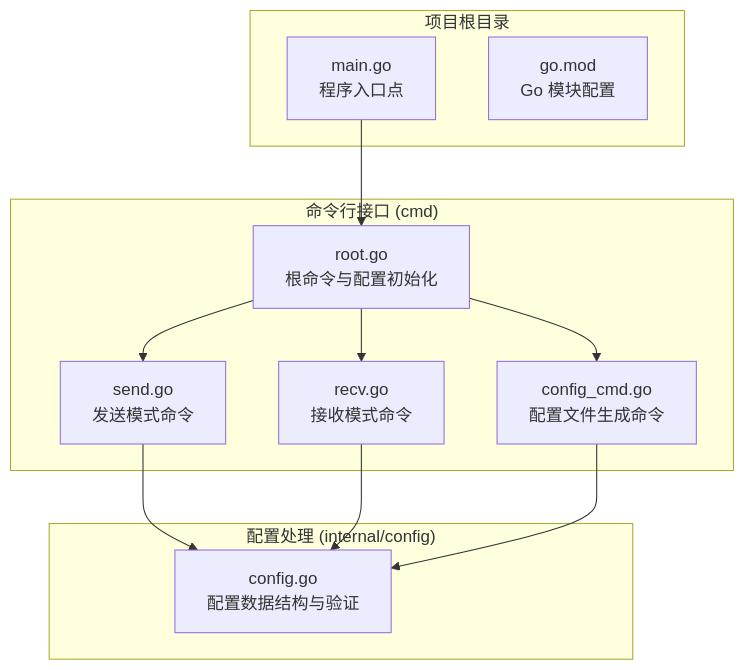
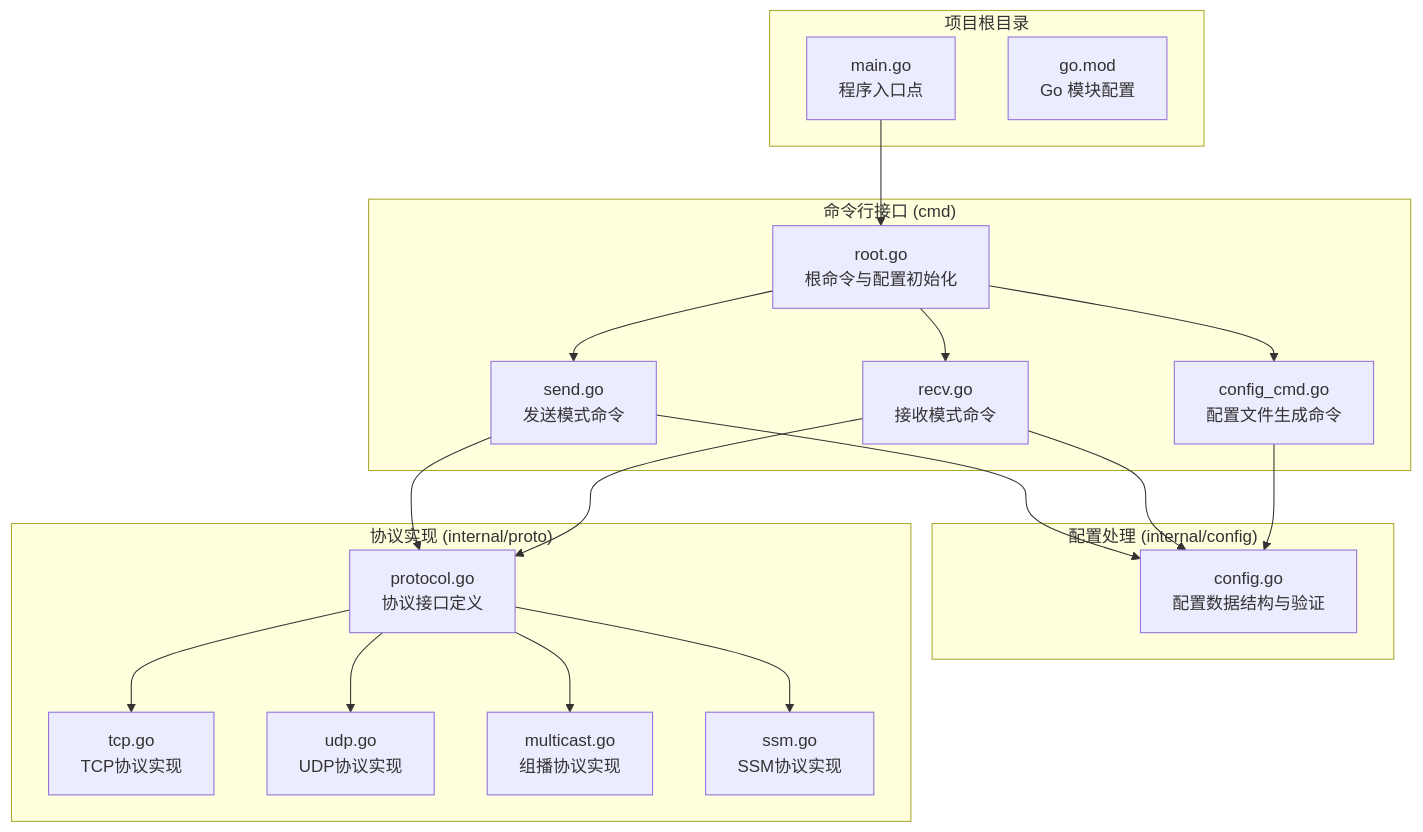
The first of 13 diagrams in .qoder/repowiki/zh/content/配置文件指南.md (yanzhen74/ping-x), drawn with Mermaid before and after one commit. The commit also changed other lines of this file and 16 other files, not shown here.

````diff
--- a/.qoder/repowiki/zh/content/配置文件指南.md
+++ b/.qoder/repowiki/zh/content/配置文件指南.md
@@ -39,23 +54,36 @@
 ```mermaid
 graph TB
 subgraph "项目根目录"
 M[main.go<br/>程序入口点]
 G[go.mod<br/>Go 模块配置]
 end
 subgraph "命令行接口 (cmd)"
 R[root.go<br/>根命令与配置初始化]
 S[send.go<br/>发送模式命令]
 V[recv.go<br/>接收模式命令]
 C[config_cmd.go<br/>配置文件生成命令]
 end
 subgraph "配置处理 (internal/config)"
 CFG[config.go<br/>配置数据结构与验证]
 end
+subgraph "协议实现 (internal/proto)"
+PROTO[protocol.go<br/>协议接口定义]
+TCP[tcp.go<br/>TCP协议实现]
+UDP[udp.go<br/>UDP协议实现]
+MC[multicast.go<br/>组播协议实现]
+SSM[ssm.go<br/>SSM协议实现]
+end
 M --> R
 R --> S
 R --> V
 R --> C
 S --> CFG
 V --> CFG
 C --> CFG
+S --> PROTO
+V --> PROTO
+PROTO --> TCP
+PROTO --> UDP
+PROTO --> MC
+PROTO --> SSM
 ```
````
